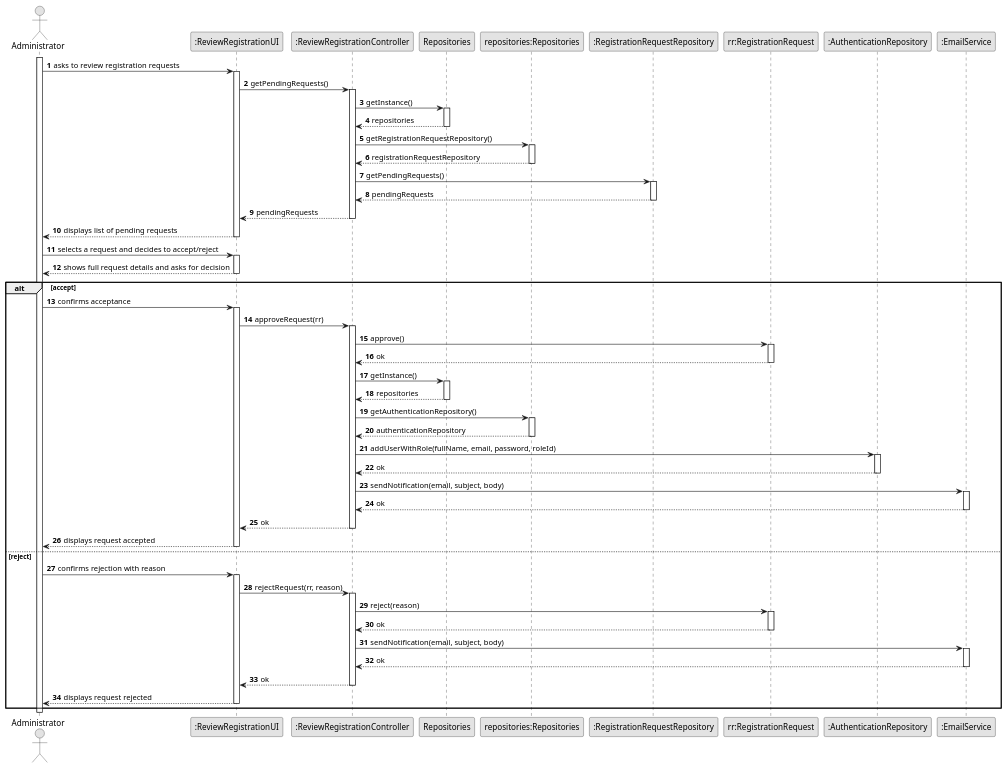
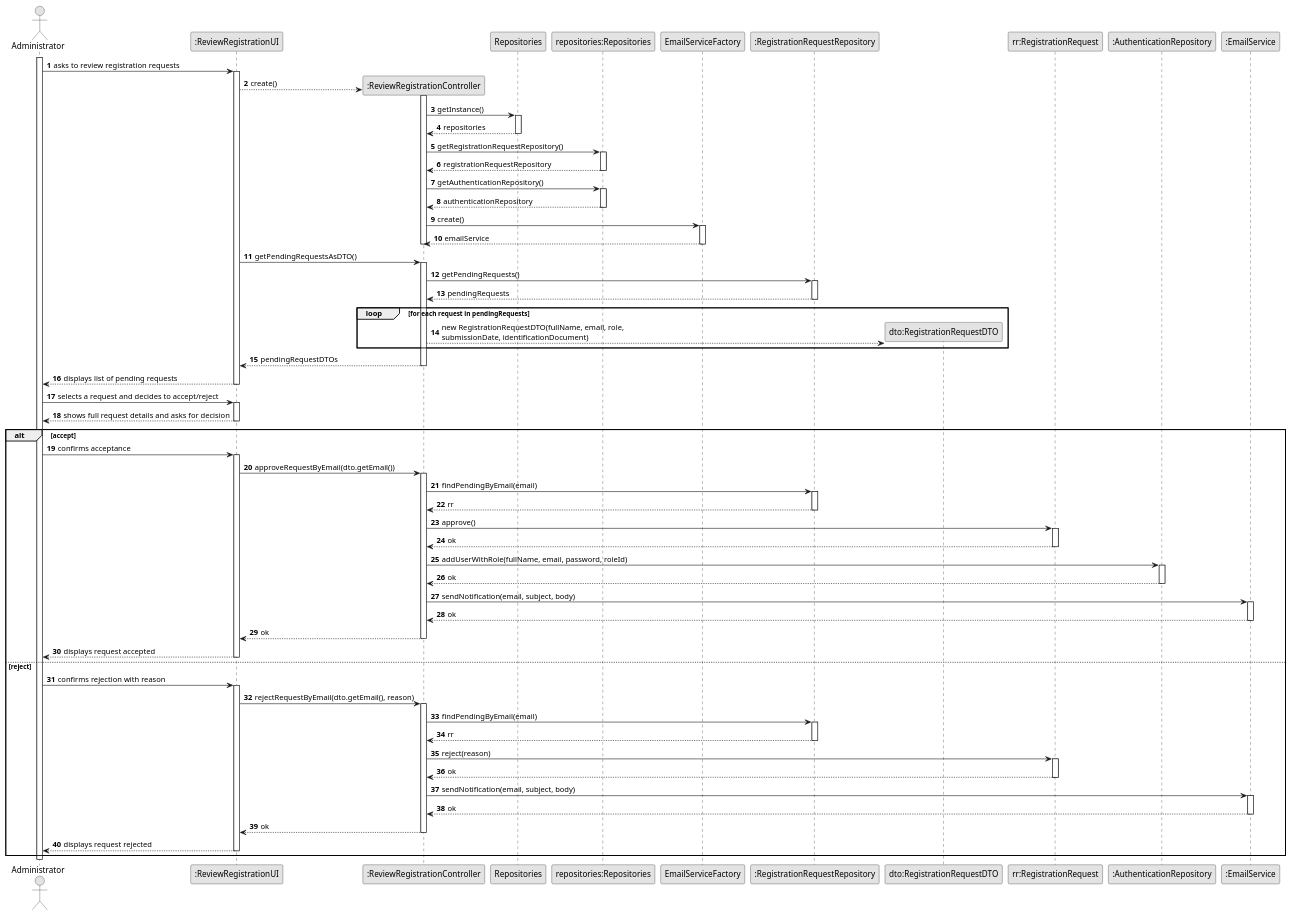
Before and after one commit to brunodspinto/crystal-clear-platform: the diagram in docs/system-documentation/US02/03.design/puml/US02-SD.puml, drawn with PlantUML. The commit also changed 18 other files, not shown here.

Commit message:
Adopt DTO pattern in US02 and US03 (Sprint 3 ESOFT): added OrganizationDTO. Updated US01-03 SD/CD to show UI creating the controller with getInstance() on create. Regenerated SVGs and design rationale.

```diff
--- a/docs/system-documentation/US02/03.design/puml/US02-SD.puml
+++ b/docs/system-documentation/US02/03.design/puml/US02-SD.puml
@@ -1,101 +1,120 @@
 @startuml US02-SD
 skinparam monochrome true
 skinparam packageStyle rectangle
 skinparam shadowing false
 
 autonumber
 
 actor "Administrator" as Admin
 participant ":ReviewRegistrationUI" as UI
 participant ":ReviewRegistrationController" as CTRL
 participant "Repositories" as REPOS
 participant "repositories:Repositories" as REPOS_SINGLETON
+participant "EmailServiceFactory" as FACTORY
 participant ":RegistrationRequestRepository" as REPO
+participant "dto:RegistrationRequestDTO" as DTO
 participant "rr:RegistrationRequest" as RR
 participant ":AuthenticationRepository" as AUTH
 participant ":EmailService" as EMAIL
 
 activate Admin
 
     Admin -> UI : asks to review registration requests
     activate UI
-        UI -> CTRL : getPendingRequests()
+
+        UI --> CTRL** : create()
         activate CTRL
             CTRL -> REPOS : getInstance()
             activate REPOS
                 REPOS --> CTRL : repositories
             deactivate REPOS
 
             CTRL -> REPOS_SINGLETON : getRegistrationRequestRepository()
             activate REPOS_SINGLETON
                 REPOS_SINGLETON --> CTRL : registrationRequestRepository
             deactivate REPOS_SINGLETON
 
+            CTRL -> REPOS_SINGLETON : getAuthenticationRepository()
+            activate REPOS_SINGLETON
+                REPOS_SINGLETON --> CTRL : authenticationRepository
+            deactivate REPOS_SINGLETON
+
+            CTRL -> FACTORY : create()
+            activate FACTORY
+                FACTORY --> CTRL : emailService
+            deactivate FACTORY
+        deactivate CTRL
+
+        UI -> CTRL : getPendingRequestsAsDTO()
+        activate CTRL
             CTRL -> REPO : getPendingRequests()
             activate REPO
                 REPO --> CTRL : pendingRequests
             deactivate REPO
-            CTRL --> UI : pendingRequests
+
+            loop for each request in pendingRequests
+                CTRL --> DTO** : new RegistrationRequestDTO(fullName, email, role,\nsubmissionDate, identificationDocument)
+            end
+
+            CTRL --> UI : pendingRequestDTOs
         deactivate CTRL
         UI --> Admin : displays list of pending requests
     deactivate UI
 
     Admin -> UI : selects a request and decides to accept/reject
     activate UI
         UI --> Admin : shows full request details and asks for decision
     deactivate UI
 
     alt accept
         Admin -> UI : confirms acceptance
         activate UI
-            UI -> CTRL : approveRequest(rr)
+            UI -> CTRL : approveRequestByEmail(dto.getEmail())
             activate CTRL
+                CTRL -> REPO : findPendingByEmail(email)
+                activate REPO
+                    REPO --> CTRL : rr
+                deactivate REPO
                 CTRL -> RR : approve()
                 activate RR
                     RR --> CTRL : ok
                 deactivate RR
-                CTRL -> REPOS : getInstance()
-                activate REPOS
-                    REPOS --> CTRL : repositories
-                deactivate REPOS
-
-                CTRL -> REPOS_SINGLETON : getAuthenticationRepository()
-                activate REPOS_SINGLETON
-                    REPOS_SINGLETON --> CTRL : authenticationRepository
-                deactivate REPOS_SINGLETON
-
                 CTRL -> AUTH : addUserWithRole(fullName, email, password, roleId)
                 activate AUTH
                     AUTH --> CTRL : ok
                 deactivate AUTH
                 CTRL -> EMAIL : sendNotification(email, subject, body)
                 activate EMAIL
                     EMAIL --> CTRL : ok
                 deactivate EMAIL
                 CTRL --> UI : ok
             deactivate CTRL
             UI --> Admin : displays request accepted
         deactivate UI
 
     else reject
         Admin -> UI : confirms rejection with reason
         activate UI
-            UI -> CTRL : rejectRequest(rr, reason)
+            UI -> CTRL : rejectRequestByEmail(dto.getEmail(), reason)
             activate CTRL
+                CTRL -> REPO : findPendingByEmail(email)
+                activate REPO
+                    REPO --> CTRL : rr
+                deactivate REPO
                 CTRL -> RR : reject(reason)
                 activate RR
                     RR --> CTRL : ok
                 deactivate RR
                 CTRL -> EMAIL : sendNotification(email, subject, body)
                 activate EMAIL
                     EMAIL --> CTRL : ok
                 deactivate EMAIL
                 CTRL --> UI : ok
             deactivate CTRL
             UI --> Admin : displays request rejected
         deactivate UI
     end
 
 deactivate Admin
 
 @enduml
```
